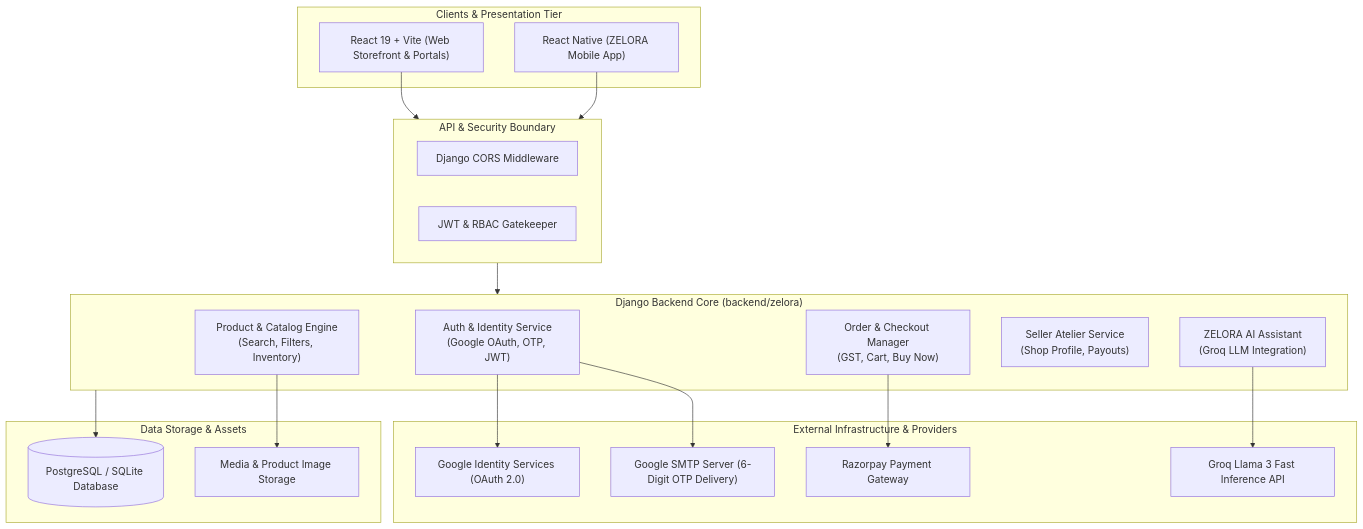
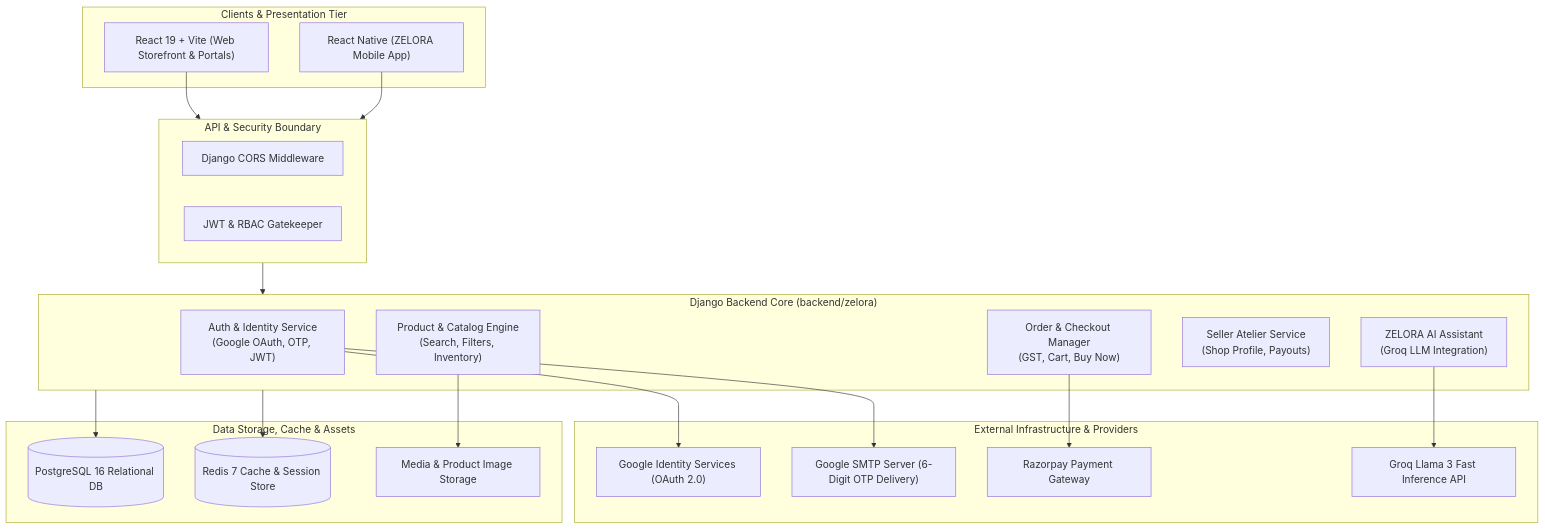
Before and after one commit to arshhaad/ZELORA_fashion: the first of 6 diagrams in ARCHITECTURE.md, drawn with Mermaid. The commit also changed 12 other files, not shown here.

Commit message:
feat: implement Docker containerization, Docker Compose, and Redis cache integration

````diff
--- a/ARCHITECTURE.md
+++ b/ARCHITECTURE.md
@@ -9,45 +9,47 @@
 ```mermaid
 flowchart TD
     subgraph ClientLayer["Clients & Presentation Tier"]
         WebClient["React 19 + Vite (Web Storefront & Portals)"]
         MobileClient["React Native (ZELORA Mobile App)"]
     end
 
     subgraph GatewayLayer["API & Security Boundary"]
         CORS["Django CORS Middleware"]
         AuthGuard["JWT & RBAC Gatekeeper"]
     end
 
     subgraph ServiceLayer["Django Backend Core (backend/zelora)"]
         AuthService["Auth & Identity Service\n(Google OAuth, OTP, JWT)"]
         CatalogService["Product & Catalog Engine\n(Search, Filters, Inventory)"]
         OrderService["Order & Checkout Manager\n(GST, Cart, Buy Now)"]
         SellerService["Seller Atelier Service\n(Shop Profile, Payouts)"]
         AIService["ZELORA AI Assistant\n(Groq LLM Integration)"]
     end
 
     subgraph ExternalServices["External Infrastructure & Providers"]
         GoogleOIDC["Google Identity Services (OAuth 2.0)"]
         GoogleSMTP["Google SMTP Server (6-Digit OTP Delivery)"]
         RazorpayGateway["Razorpay Payment Gateway"]
         GroqAPI["Groq Llama 3 Fast Inference API"]
     end
 
-    subgraph PersistenceLayer["Data Storage & Assets"]
-        Database[("PostgreSQL / SQLite Database")]
+    subgraph PersistenceLayer["Data Storage, Cache & Assets"]
+        Database[("PostgreSQL 16 Relational DB")]
+        RedisCache[("Redis 7 Cache & Session Store")]
         StaticAssets["Media & Product Image Storage"]
     end
 
     WebClient --> GatewayLayer
     MobileClient --> GatewayLayer
 
     GatewayLayer --> ServiceLayer
 
     AuthService --> GoogleOIDC
     AuthService --> GoogleSMTP
     OrderService --> RazorpayGateway
     AIService --> GroqAPI
 
     ServiceLayer --> Database
+    ServiceLayer --> RedisCache
     CatalogService --> StaticAssets
 ```
````
